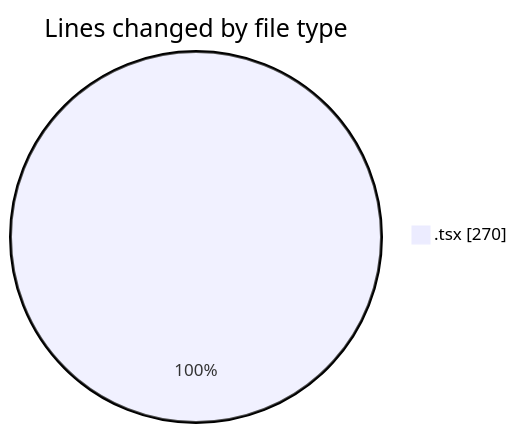
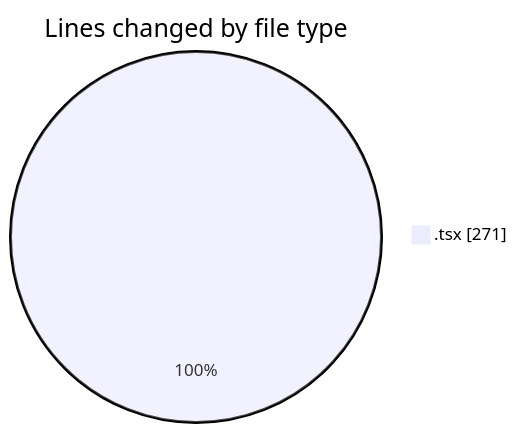
The first of 2 diagrams in 2026-04-12/airfeed-analytics-dashboard/README.md (nxtqubesakshisongat/code-tracking), drawn with Mermaid before and after one commit. The commit also changed other lines of this file and 1 other file, not shown here.

````diff
--- a/2026-04-12/airfeed-analytics-dashboard/README.md
+++ b/2026-04-12/airfeed-analytics-dashboard/README.md
@@ -21,5 +21,5 @@
 ```mermaid
 pie showData
 title Lines changed by file type
-".tsx" : 270
+".tsx" : 271
 ```
````
